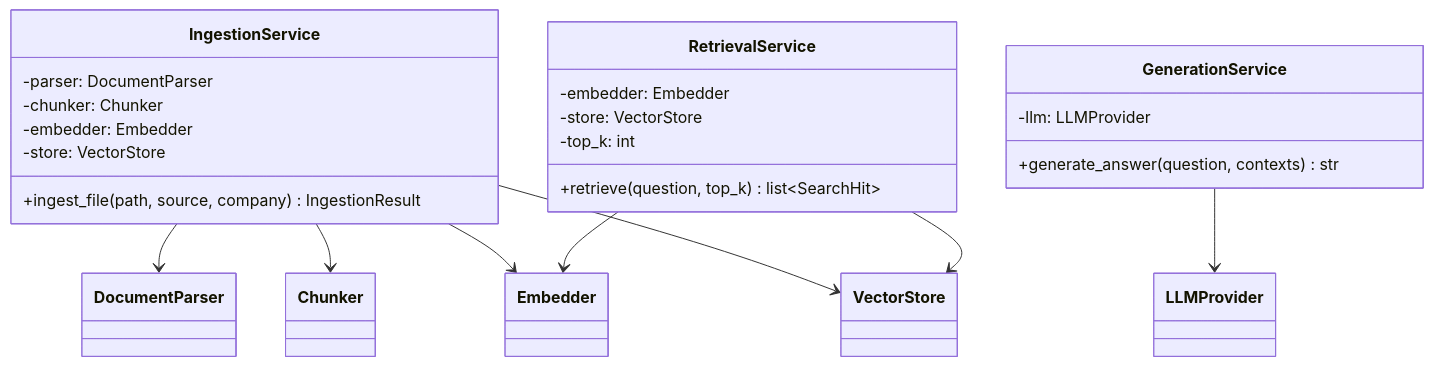
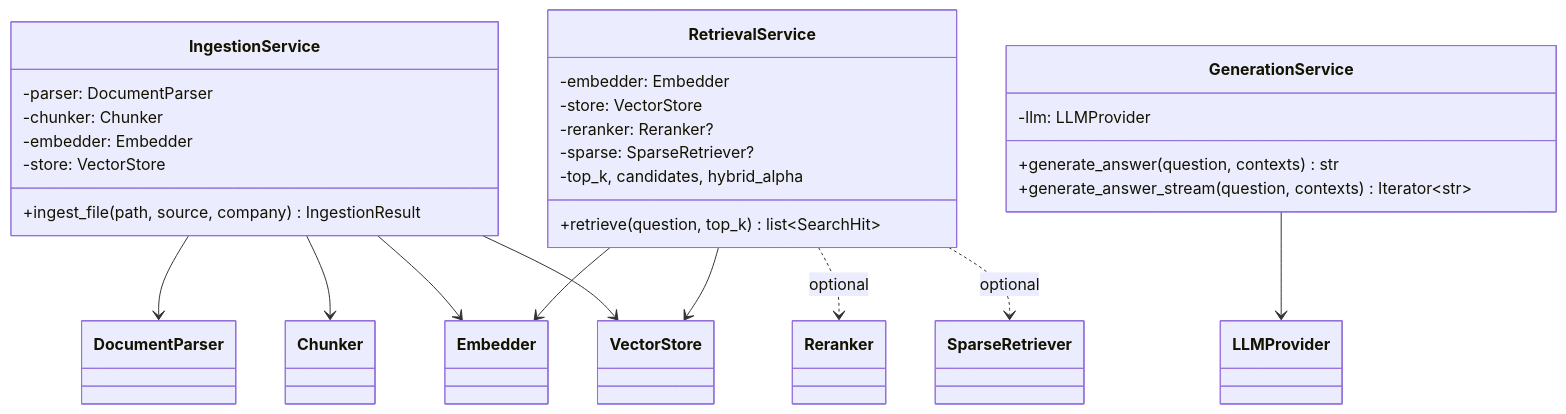
The second of 6 diagrams in README.md (RajatRajSharma/finQueryBackend), drawn with Mermaid before and after one commit. The commit also changed other lines of this file, not shown here.

````diff
--- a/README.md
+++ b/README.md
@@ -254,27 +288,32 @@
 ```mermaid
 classDiagram
     class IngestionService {
         -parser: DocumentParser
         -chunker: Chunker
         -embedder: Embedder
         -store: VectorStore
         +ingest_file(path, source, company) IngestionResult
     }
     class RetrievalService {
         -embedder: Embedder
         -store: VectorStore
-        -top_k: int
+        -reranker: Reranker?
+        -sparse: SparseRetriever?
+        -top_k, candidates, hybrid_alpha
         +retrieve(question, top_k) list~SearchHit~
     }
     class GenerationService {
         -llm: LLMProvider
         +generate_answer(question, contexts) str
+        +generate_answer_stream(question, contexts) Iterator~str~
     }
     IngestionService --> DocumentParser
     IngestionService --> Chunker
     IngestionService --> Embedder
     IngestionService --> VectorStore
     RetrievalService --> Embedder
     RetrievalService --> VectorStore
+    RetrievalService ..> Reranker : optional
+    RetrievalService ..> SparseRetriever : optional
     GenerationService --> LLMProvider
 ```
````
